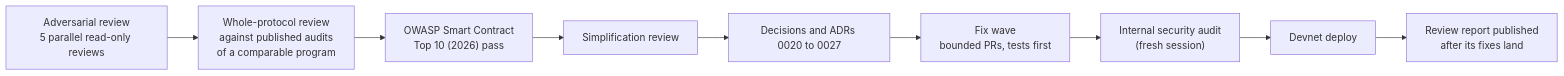
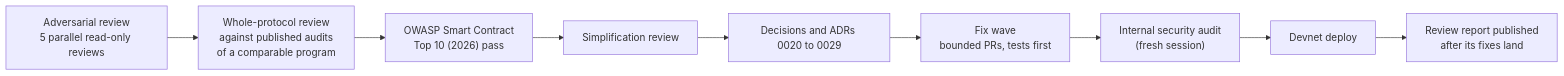
One commit to mutav-finance/mutav-protocol-solana changed the diagram in docs/security/reviews-and-audits.md. Above: the diagram before and after it, drawn with Mermaid. The commit also changed other lines of this file and 12 other files, not shown here.

First line of the commit message:
docs: align architecture and security pages with main

````diff
--- a/docs/security/reviews-and-audits.md
+++ b/docs/security/reviews-and-audits.md
@@ -53,11 +53,11 @@
 ```mermaid
 flowchart LR
     R1["Adversarial review<br/>5 parallel read-only reviews"] --> R2["Whole-protocol review<br/>against published audits<br/>of a comparable program"]
     R2 --> R3["OWASP Smart Contract<br/>Top 10 (2026) pass"]
     R3 --> S["Simplification review"]
-    S --> D["Decisions and ADRs 0020 to 0027"]
+    S --> D["Decisions and ADRs 0020 to 0029"]
     D --> W["Fix wave<br/>bounded PRs, tests first"]
     W --> A["Internal security audit<br/>(fresh session)"]
     A --> DP["Devnet deploy"]
     DP --> P["Review report published<br/>after its fixes land"]
 ```
````
